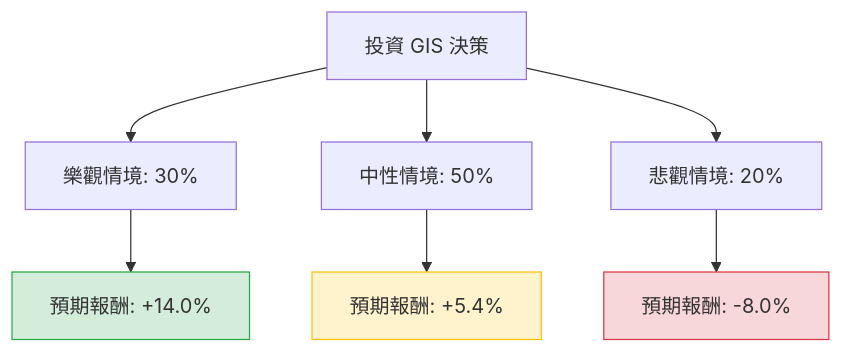
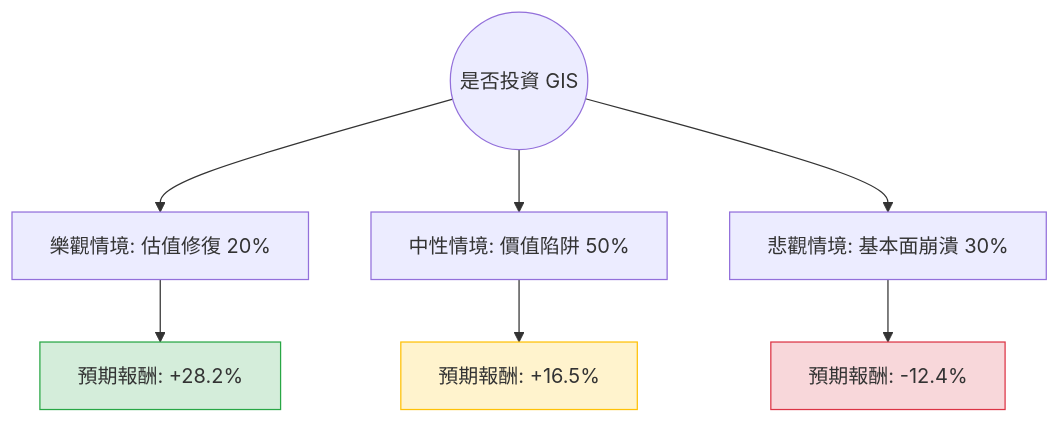
Before and after one commit to zmcx16/zmcx16.github.io: the diagram in plugin-react/ai-analysis/ev-analysis/GIS.md, drawn with Mermaid. The commit also changed other lines of this file and 74 other files, not shown here.

````diff
--- a/plugin-react/ai-analysis/ev-analysis/GIS.md
+++ b/plugin-react/ai-analysis/ev-analysis/GIS.md
@@ -22,14 +21,14 @@
 ```mermaid
 graph TD
-    Start[投資 GIS 決策] --> Bull[樂觀情境: 30%]
-    Start --> Base[中性情境: 50%]
-    Start --> Bear[悲觀情境: 20%]
+    Start((是否投資 GIS)) --> Bull[樂觀情境: 估值修復 20%]
+    Start --> Base[中性情境: 價值陷阱 50%]
+    Start --> Bear[悲觀情境: 基本面崩潰 30%]
 
-    Bull --> Bull_EV[預期報酬: +14.0%]
-    Base --> Base_EV[預期報酬: +5.4%]
-    Bear --> Bear_EV[預期報酬: -8.0%]
+    Bull --> Bull_EV[預期報酬: +28.2%]
+    Base --> Base_EV[預期報酬: +16.5%]
+    Bear --> Bear_EV[預期報酬: -12.4%]
 
     style Bull_EV fill:#d4edda,stroke:#28a745
     style Base_EV fill:#fff3cd,stroke:#ffc107
     style Bear_EV fill:#f8d7da,stroke:#dc3545
 ```
````
